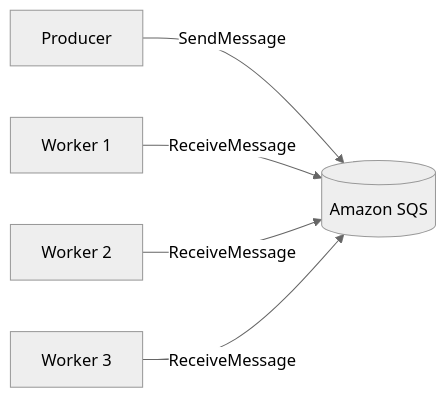
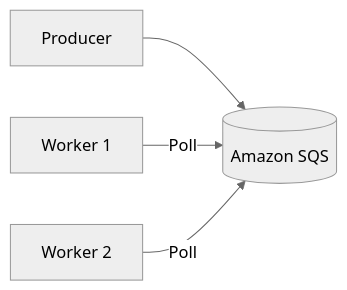
One commit to AvadhBhalodiya/Interview-Preparation changed diagram 11 of 16 in src/content/task-processing/message-brokers-redis-rabbitmq-sqs.md. Above: the diagram before and after it, drawn with Mermaid (neutral theme). The commit also changed other lines of this file and 80 other files, not shown here.

````diff
--- a/src/content/task-processing/message-brokers-redis-rabbitmq-sqs.md
+++ b/src/content/task-processing/message-brokers-redis-rabbitmq-sqs.md
@@ -979,7 +459,6 @@
 ```mermaid
 flowchart LR
-    P[Producer] -->|SendMessage| SQS[(Amazon SQS)]
-    W1[Worker 1] -->|ReceiveMessage| SQS
-    W2[Worker 2] -->|ReceiveMessage| SQS
-    W3[Worker 3] -->|ReceiveMessage| SQS
+    P[Producer] --> Q[(Amazon SQS)]
+    W1[Worker 1] -->|Poll| Q
+    W2[Worker 2] -->|Poll| Q
 ```
````
